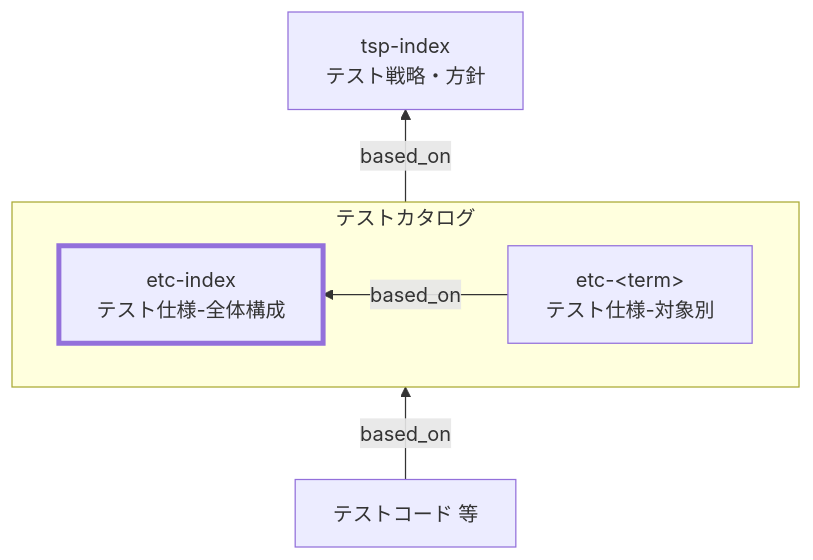
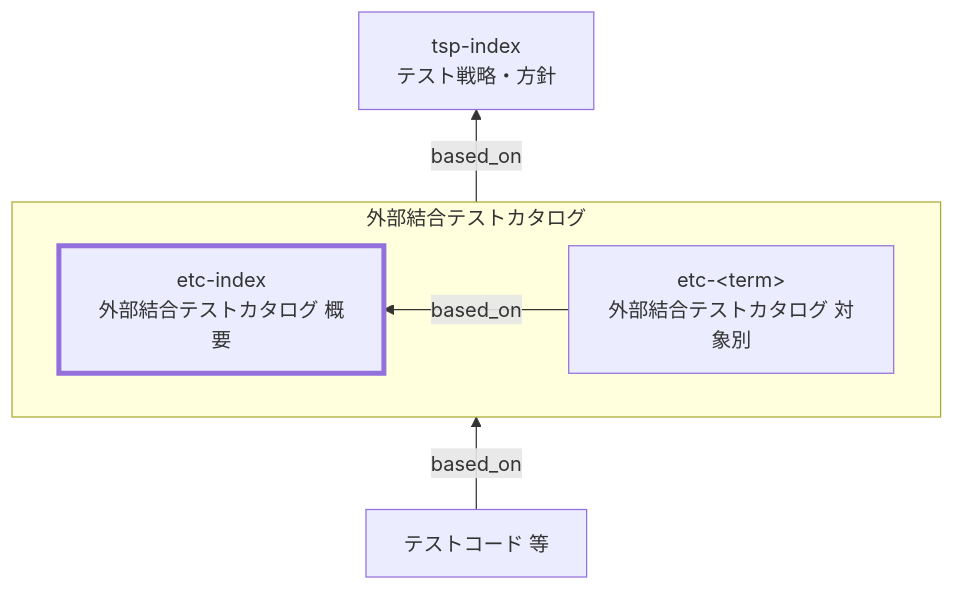
The diagram in docs/ja/specdojo/rulebooks/etc-index-rulebook.md (specdojo/specdojo), drawn with Mermaid before and after one commit. The commit also changed other lines of this file and 6 other files, not shown here.

Commit message:
exec(T-KATA-WAVE-3-etc-index-sample-040): apply task changes

````diff
--- a/docs/ja/specdojo/rulebooks/etc-index-rulebook.md
+++ b/docs/ja/specdojo/rulebooks/etc-index-rulebook.md
@@ -38,19 +33,19 @@
 ```mermaid
 flowchart BT
   TSP["tsp-index<br>テスト戦略・方針"]
 
-  subgraph TC["テストカタログ"]
+  subgraph TC["外部結合テストカタログ"]
   direction RL
-    TCIndex["etc-index<br>テスト仕様-全体構成"]
-    TCDetail["etc-&lt;term&gt;<br>テスト仕様-対象別"]
+    TCIndex["etc-index<br>外部結合テストカタログ 概要"]
+    TCDetail["etc-&lt;term&gt;<br>外部結合テストカタログ 対象別"]
     TCDetail -->|based_on| TCIndex
   end
 
   Code["テストコード 等"]
 
   TC -->|based_on| TSP
   Code -->|based_on| TC
 
   classDef target stroke-width:4px
   class TCIndex target
 ```
````
